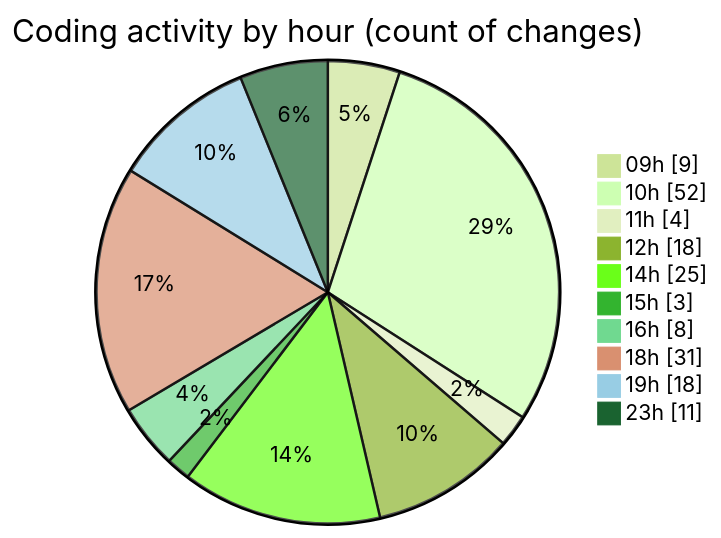
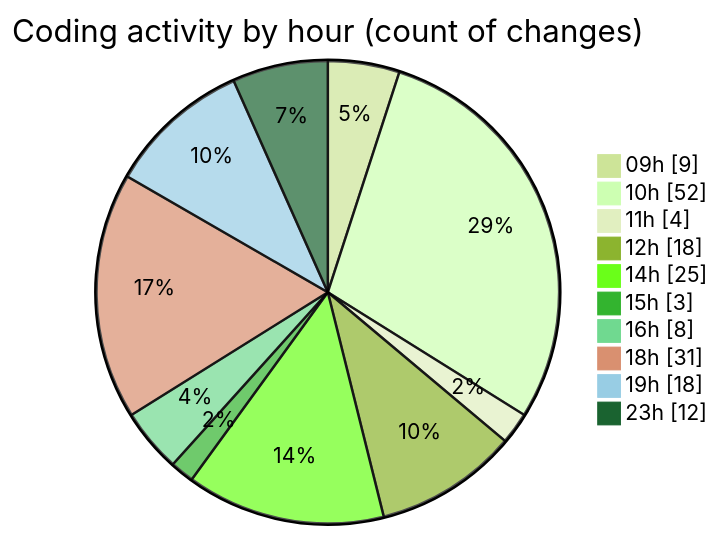
The second of 2 diagrams in 2026-09-01/cda/README.md (momahboobian/code-tracking), drawn with Mermaid (forest theme) before and after one commit. The commit also changed other lines of this file and 1 other file, not shown here.

````diff
--- a/2026-09-01/cda/README.md
+++ b/2026-09-01/cda/README.md
@@ -93,14 +93,14 @@
 ```mermaid
 pie showData
 title Coding activity by hour (count of changes)
 "09h" : 9
 "10h" : 52
 "11h" : 4
 "12h" : 18
 "14h" : 25
 "15h" : 3
 "16h" : 8
 "18h" : 31
 "19h" : 18
-"23h" : 11
+"23h" : 12
 ```
````
